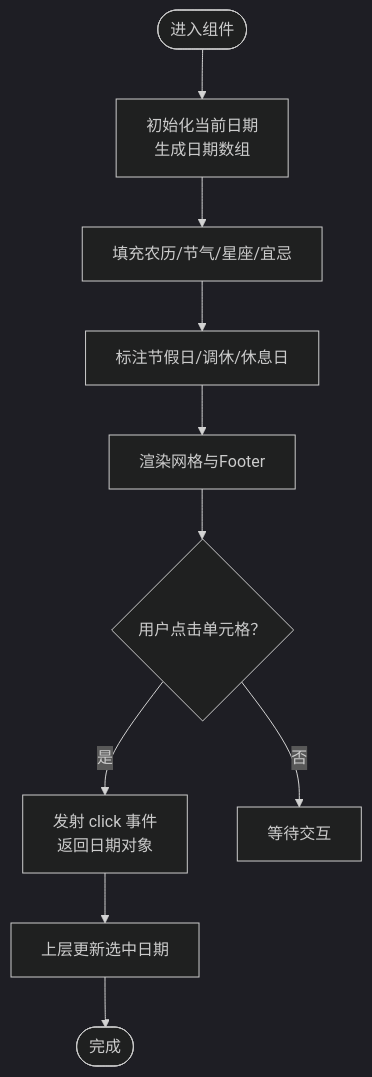
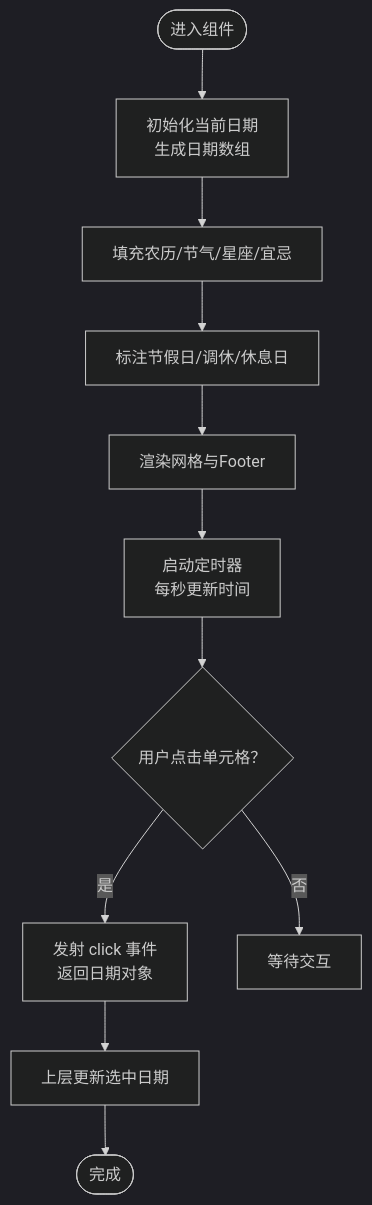
The third of 7 diagrams in .qoder/repowiki/zh/content/UI组件/交互组件.md (xiao-lin-unit/yuan), drawn with Mermaid (dark theme) before and after one commit. The commit also changed other lines of this file and 9 other files, not shown here.

````diff
--- a/.qoder/repowiki/zh/content/UI组件/交互组件.md
+++ b/.qoder/repowiki/zh/content/UI组件/交互组件.md
@@ -144,12 +148,13 @@
 ```mermaid
 flowchart TD
 Start(["进入组件"]) --> Init["初始化当前日期<br/>生成日期数组"]
 Init --> FillLunar["填充农历/节气/星座/宜忌"]
 FillLunar --> MarkHoliday["标注节假日/调休/休息日"]
 MarkHoliday --> Render["渲染网格与Footer"]
-Render --> Click{"用户点击单元格？"}
+Render --> TimeUpdate["启动定时器<br/>每秒更新时间"]
+TimeUpdate --> Click{"用户点击单元格？"}
 Click --> |是| Emit["发射 click 事件<br/>返回日期对象"]
 Click --> |否| Wait["等待交互"]
 Emit --> Update["上层更新选中日期"]
 Update --> End(["完成"])
 ```
````
